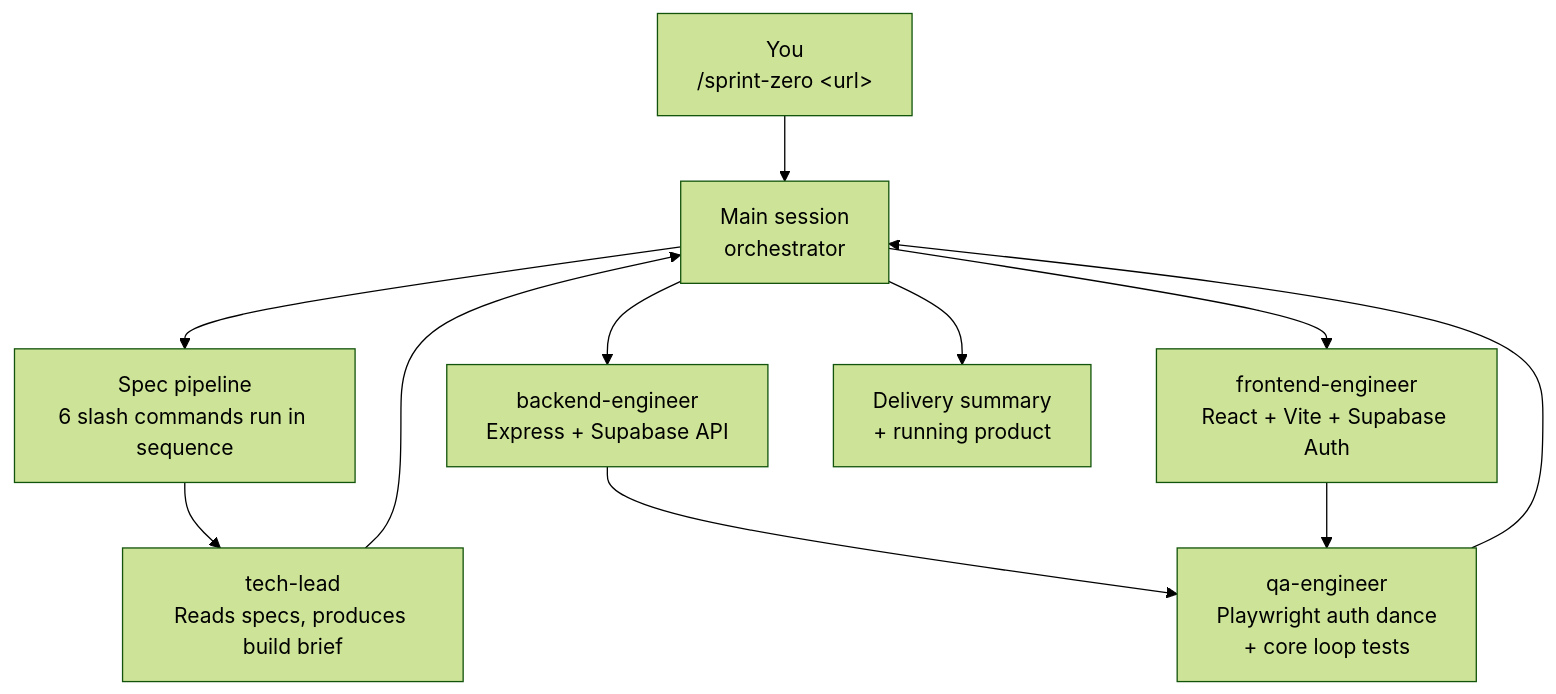
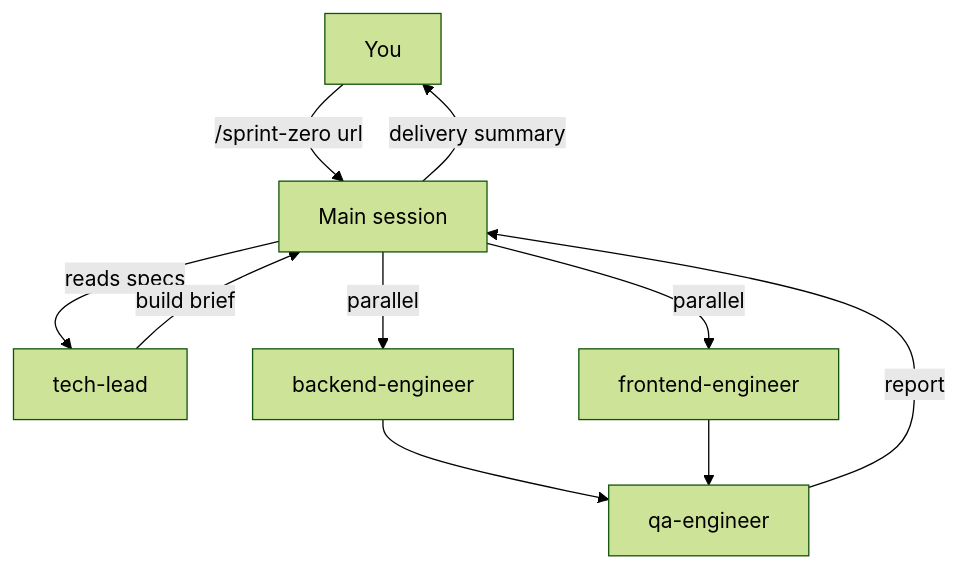
Before and after one commit to yousuf-labs/sprint-zero: the second of 5 diagrams in README.md, drawn with Mermaid (forest theme). The commit also changed other lines of this file and 1 other file, not shown here.

````diff
--- a/README.md
+++ b/README.md
@@ -29,17 +77,19 @@
 ```mermaid
 flowchart TD
-    User["You\n/sprint-zero &lt;url&gt;"] --> Orchestrator["Main session\norchestrator"]
+    User[You]
+    Main[Main session]
+    TL[tech-lead]
+    BE[backend-engineer]
+    FE[frontend-engineer]
+    QA[qa-engineer]
 
-    Orchestrator --> Spec["Spec pipeline\n6 slash commands run in sequence"]
-    Spec --> TL["tech-lead\nReads specs, produces build brief"]
-    TL --> Orchestrator
-
-    Orchestrator --> BE["backend-engineer\nExpress + Supabase API"]
-    Orchestrator --> FE["frontend-engineer\nReact + Vite + Supabase Auth"]
-
-    BE --> QA["qa-engineer\nPlaywright auth dance\n+ core loop tests"]
+    User -->|/sprint-zero url| Main
+    Main -->|reads specs| TL
+    TL -->|build brief| Main
+    Main -->|parallel| BE
+    Main -->|parallel| FE
+    BE --> QA
     FE --> QA
-
-    QA --> Orchestrator
-    Orchestrator --> Delivery["Delivery summary\n+ running product"]
+    QA -->|report| Main
+    Main -->|delivery summary| User
 ```
````
